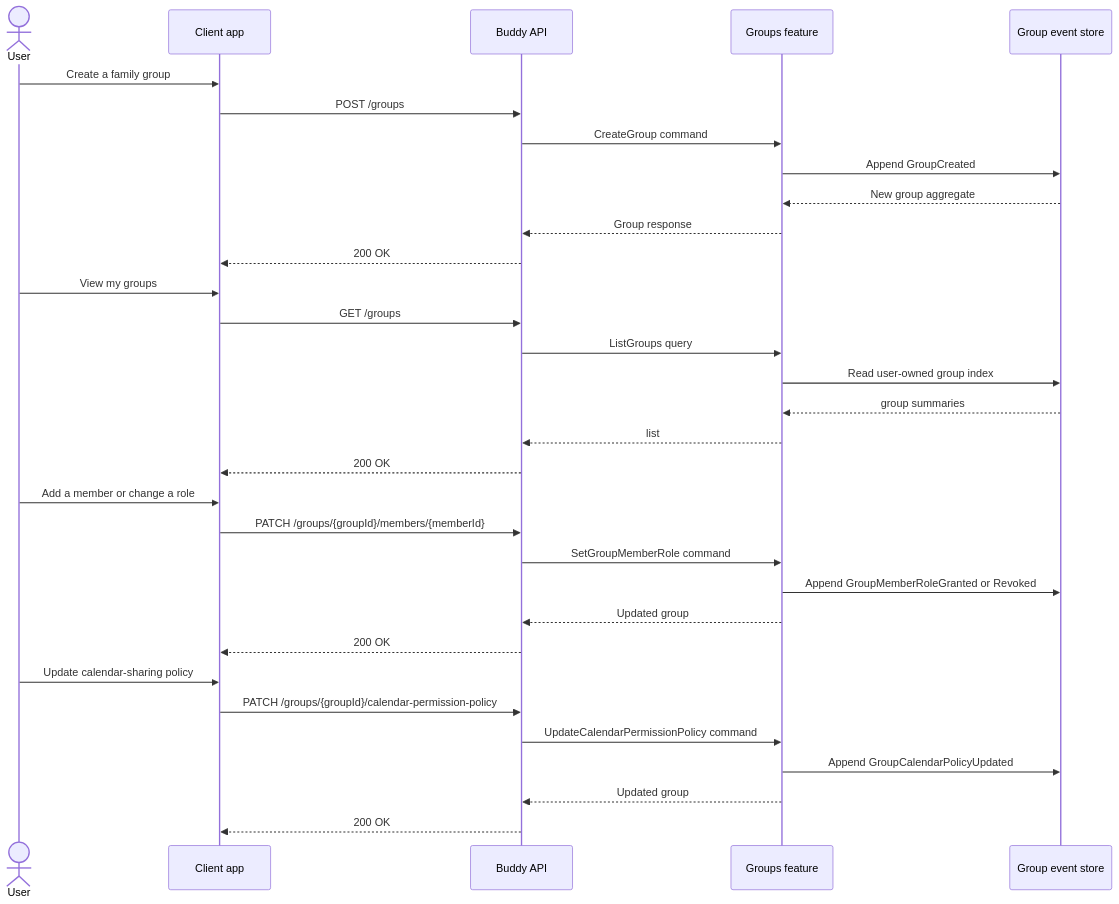
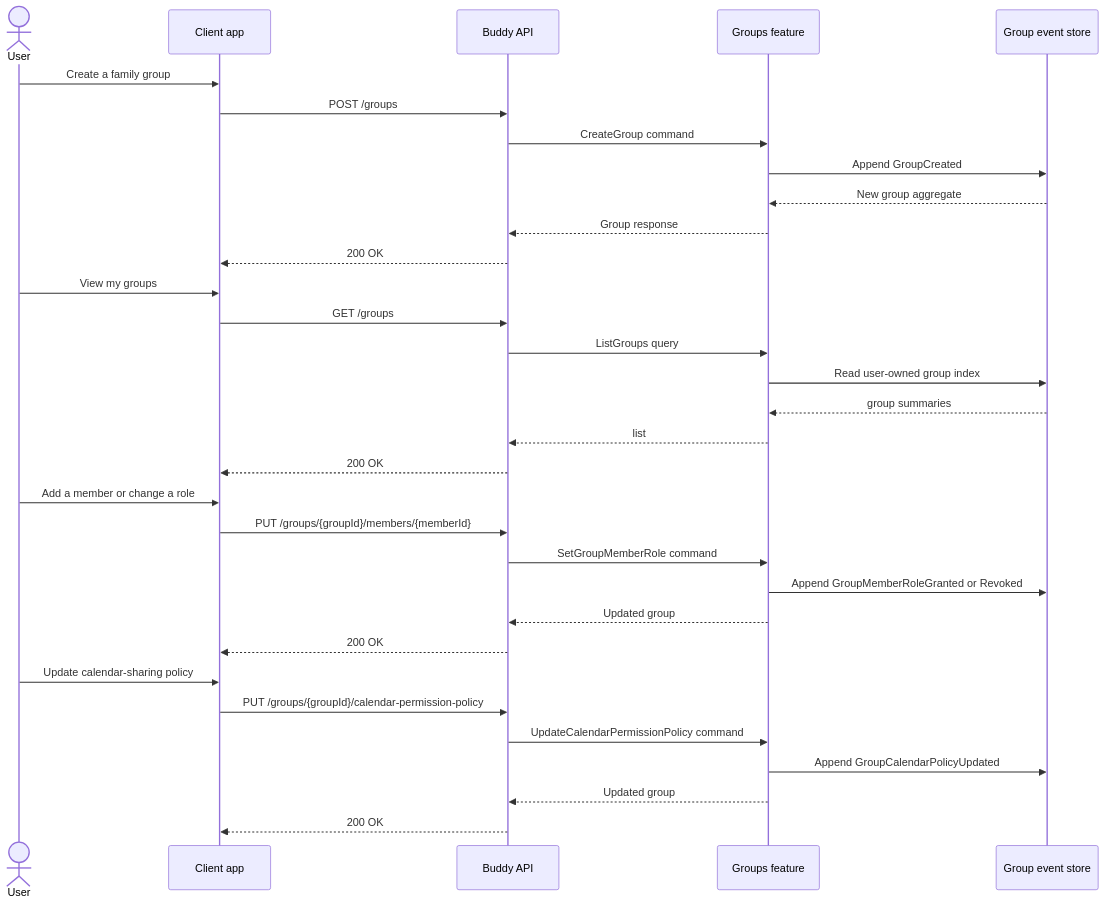
The first of 2 diagrams in docs/backend/groups/flow.md (kimipsen/buddy), drawn with Mermaid before and after one commit. The commit also changed other lines of this file and 15 other files, not shown here.

First line of the commit message:
feat: update API endpoints and documentation for groups, guardians, medicines, and progress features

````diff
--- a/docs/backend/groups/flow.md
+++ b/docs/backend/groups/flow.md
@@ -5,38 +5,38 @@
 ```mermaid
 sequenceDiagram
     actor User
     participant App as Client app
     participant API as Buddy API
     participant Groups as Groups feature
     participant Store as Group event store
 
     User->>App: Create a family group
     App->>API: POST /groups
     API->>Groups: CreateGroup command
     Groups->>Store: Append GroupCreated
     Store-->>Groups: New group aggregate
     Groups-->>API: Group response
     API-->>App: 200 OK
 
     User->>App: View my groups
     App->>API: GET /groups
     API->>Groups: ListGroups query
     Groups->>Store: Read user-owned group index
     Store-->>Groups: group summaries
     Groups-->>API: list
     API-->>App: 200 OK
 
     User->>App: Add a member or change a role
-    App->>API: PATCH /groups/{groupId}/members/{memberId}
+    App->>API: PUT /groups/{groupId}/members/{memberId}
     API->>Groups: SetGroupMemberRole command
     Groups->>Store: Append GroupMemberRoleGranted or Revoked
     Groups-->>API: Updated group
     API-->>App: 200 OK
 
     User->>App: Update calendar-sharing policy
-    App->>API: PATCH /groups/{groupId}/calendar-permission-policy
+    App->>API: PUT /groups/{groupId}/calendar-permission-policy
     API->>Groups: UpdateCalendarPermissionPolicy command
     Groups->>Store: Append GroupCalendarPolicyUpdated
     Groups-->>API: Updated group
     API-->>App: 200 OK
 ```
````
